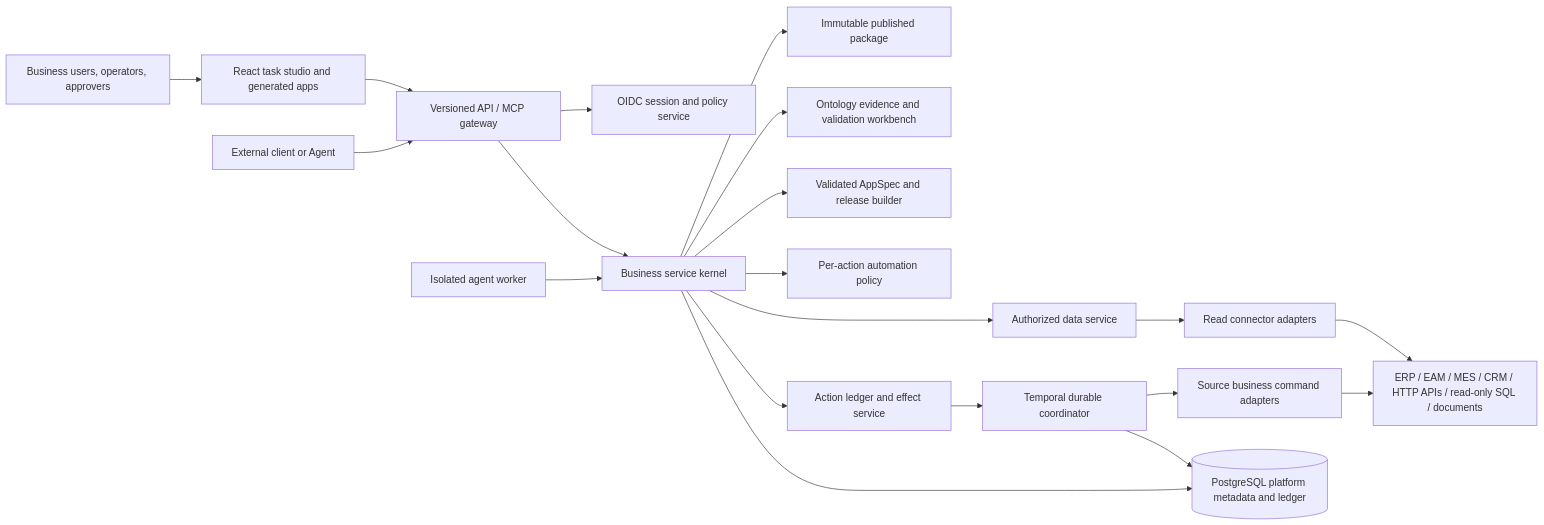
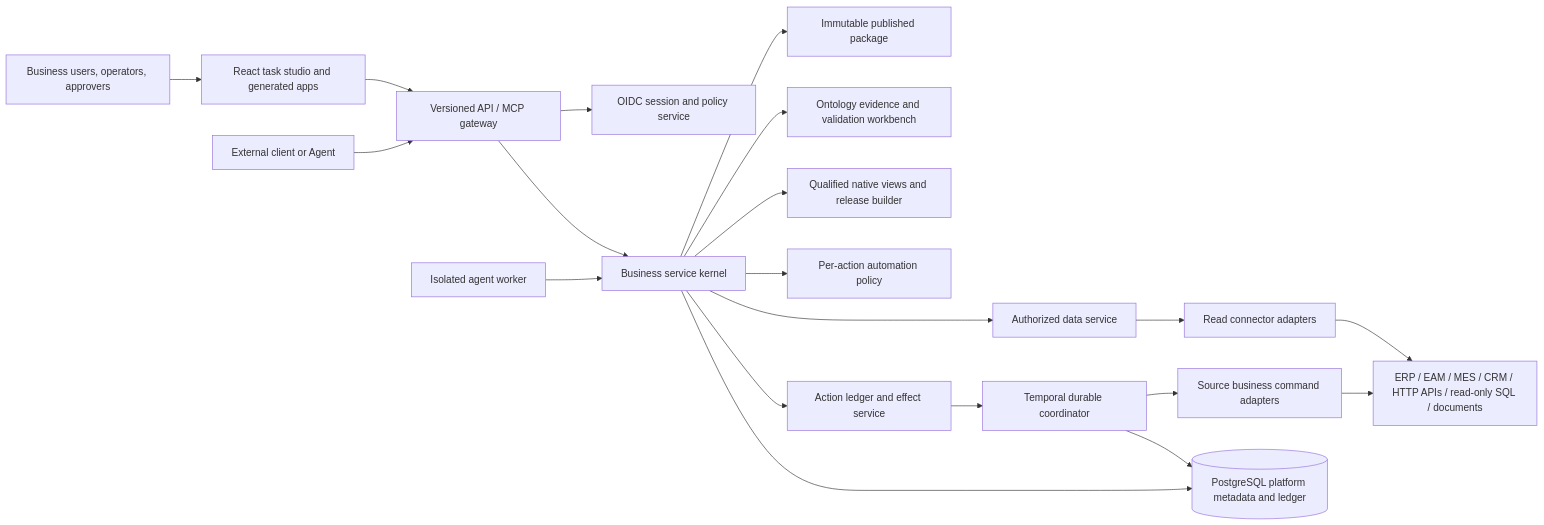
Before and after one commit to wu-xiaochen/trusted-agent-platform: the diagram in docs/architecture/SYSTEM-ARCHITECTURE.md, drawn with Mermaid. The commit also changed other lines of this file and 29 other files, not shown here.

````diff
--- a/docs/architecture/SYSTEM-ARCHITECTURE.md
+++ b/docs/architecture/SYSTEM-ARCHITECTURE.md
@@ -7,22 +7,22 @@
 ```mermaid
 flowchart LR
   User[Business users, operators, approvers] --> Web[React task studio and generated apps]
   Client[External client or Agent] --> API[Versioned API / MCP gateway]
   Web --> API
   API --> Auth[OIDC session and policy service]
   API --> Kernel[Business service kernel]
   Kernel --> Package[Immutable published package]
   Kernel --> Workbench[Ontology evidence and validation workbench]
-  Kernel --> AppSpec[Validated AppSpec and release builder]
+  Kernel --> AppSpec[Qualified native views and release builder]
   Kernel --> Policy[Per-action automation policy]
   Kernel --> Data[Authorized data service]
   Kernel --> Action[Action ledger and effect service]
   Data --> Connectors[Read connector adapters]
   Action --> Temporal[Temporal durable coordinator]
   Temporal --> Command[Source business command adapters]
   Agent[Isolated agent worker] --> Kernel
   Connectors --> Sources[ERP / EAM / MES / CRM / HTTP APIs / read-only SQL / documents]
   Command --> Sources
   Kernel --> PG[(PostgreSQL platform metadata and ledger)]
   Temporal --> PG
 ```
````
